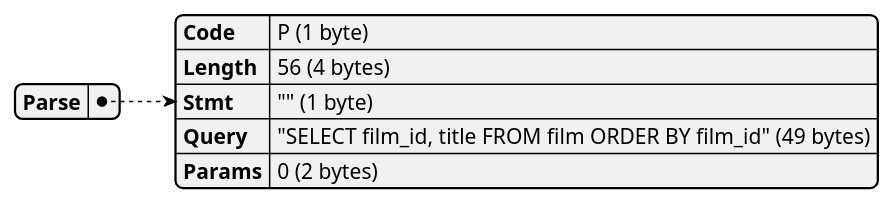
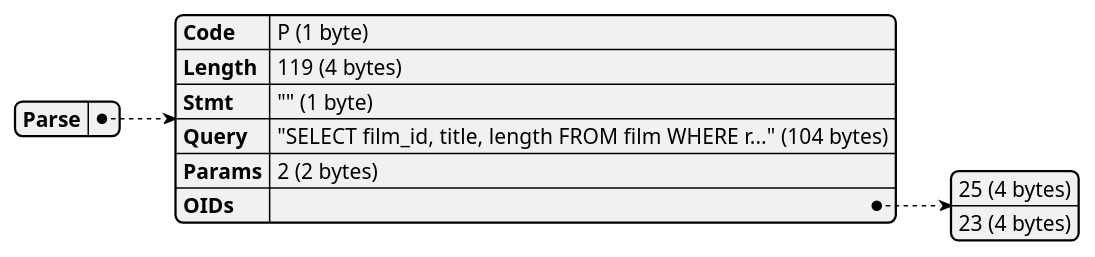
The first of 11 diagrams in docs/examples/exports/pagila-07-execute-with-maxrows-0-portalsuspended/capture.plantuml.pkt.md (xfischer/pg_protoexport), drawn with PlantUML before and after one commit. The commit also changed other lines of this file and 135 other files, not shown here.

````diff
--- a/docs/examples/exports/pagila-07-execute-with-maxrows-0-portalsuspended/capture.plantuml.pkt.md
+++ b/docs/examples/exports/pagila-07-execute-with-maxrows-0-portalsuspended/capture.plantuml.pkt.md
@@ -4,13 +4,17 @@
 ```plantuml
 @startjson
 {
   "Parse": {
     "Code": "P (1 byte)",
-    "Length": "56 (4 bytes)",
+    "Length": "119 (4 bytes)",
     "Stmt": "\"\" (1 byte)",
-    "Query": "\"SELECT film_id, title FROM film ORDER BY film_id\" (49 bytes)",
-    "Params": "0 (2 bytes)"
+    "Query": "\"SELECT film_id, title, length FROM film WHERE r...\" (104 bytes)",
+    "Params": "2 (2 bytes)",
+    "OIDs": [
+      "25 (4 bytes)",
+      "23 (4 bytes)"
+    ]
   }
 }
 @endjson
 ```
````
